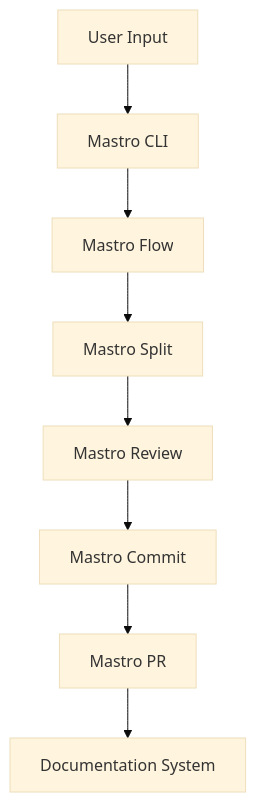
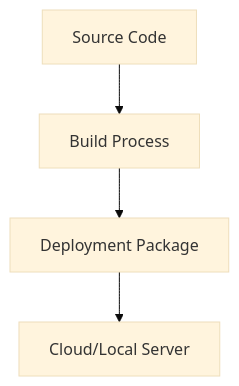
Before and after one commit to geogoesbeepboop/mastro: the second of 2 diagrams in docs/ARCHITECTURE.md, drawn with Mermaid (base theme). The commit also changed other lines of this file and 5 other files, not shown here.

First line of the commit message:
feat: implement mastro flow for interactive UI components

````diff
--- a/docs/ARCHITECTURE.md
+++ b/docs/ARCHITECTURE.md
@@ -146,10 +136,6 @@
 ```mermaid
 graph TD;
-    A[User Input] --> B[Mastro CLI];
-    B --> C[Mastro Flow];
-    C --> D[Mastro Split];
-    D --> E[Mastro Review];
-    E --> F[Mastro Commit];
-    F --> G[Mastro PR];
-    G --> H[Documentation System];
+    A[Source Code] --> B[Build Process];
+    B --> C[Deployment Package];
+    C --> D[Cloud/Local Server];
 ```
````
